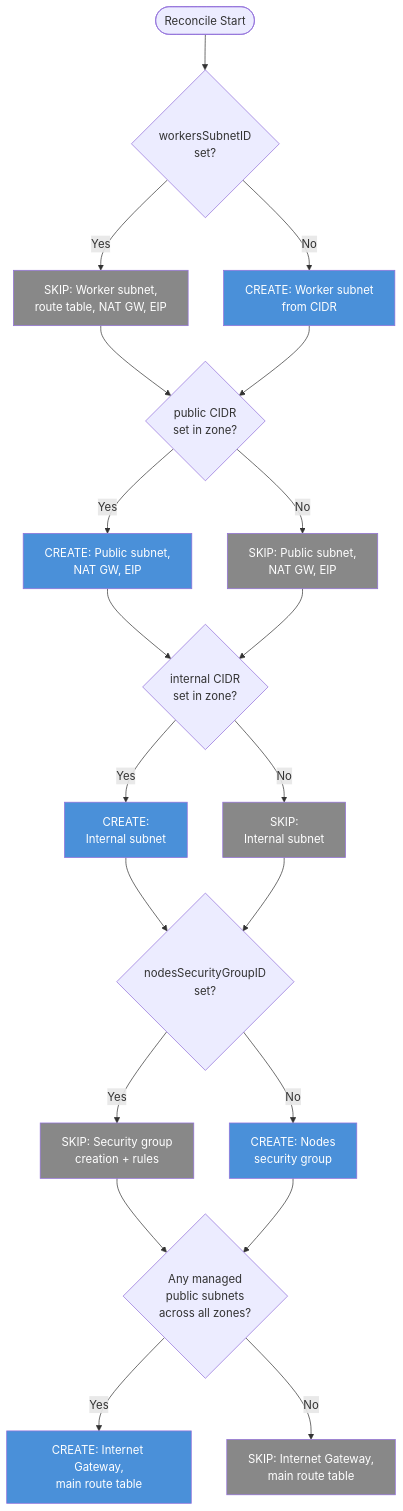
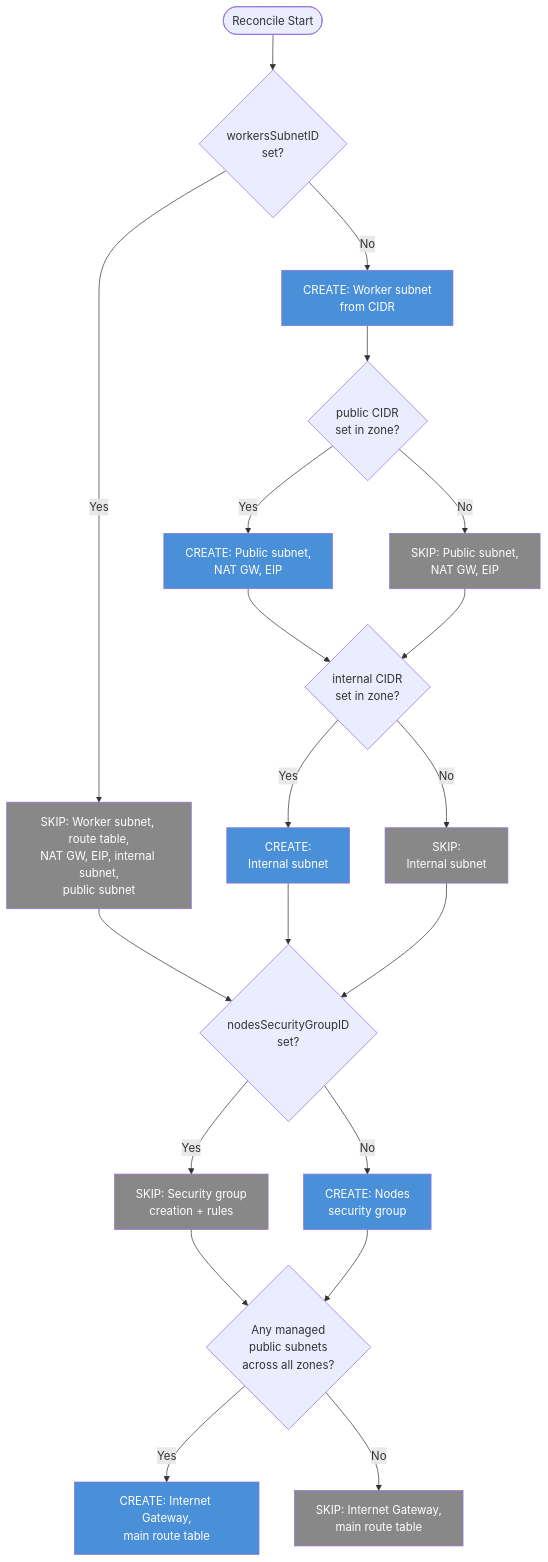
The eighth of 8 diagrams in docs/usage/flexible-network-configuration.md (gardener/gardener-extension-provider-aws), drawn with Mermaid before and after one commit. The commit also changed other lines of this file and 1 other file, not shown here.

````diff
--- a/docs/usage/flexible-network-configuration.md
+++ b/docs/usage/flexible-network-configuration.md
@@ -391,37 +621,37 @@
 ```mermaid
 flowchart TD
     START(["Reconcile Start"]) --> WID{"workersSubnetID\nset?"}
-    WID -->|Yes| SKIP_W["SKIP: Worker subnet,\nroute table, NAT GW, EIP"]
+    WID -->|Yes| SKIP_W["SKIP: Worker subnet, route table,\nNAT GW, EIP, internal subnet,\npublic subnet"]
     WID -->|No| CREATE_W["CREATE: Worker subnet\nfrom CIDR"]
 
-    SKIP_W --> PUB{"public CIDR\nset in zone?"}
-    CREATE_W --> PUB
+    CREATE_W --> PUB{"public CIDR\nset in zone?"}
     PUB -->|Yes| CREATE_P["CREATE: Public subnet,\nNAT GW, EIP"]
     PUB -->|No| SKIP_P["SKIP: Public subnet,\nNAT GW, EIP"]
 
     CREATE_P --> INT{"internal CIDR\nset in zone?"}
     SKIP_P --> INT
     INT -->|Yes| CREATE_I["CREATE:\nInternal subnet"]
     INT -->|No| SKIP_I["SKIP:\nInternal subnet"]
 
-    CREATE_I --> SGID{"nodesSecurityGroupID\nset?"}
+    SKIP_W --> SGID{"nodesSecurityGroupID\nset?"}
+    CREATE_I --> SGID
     SKIP_I --> SGID
     SGID -->|Yes| SKIP_SG["SKIP: Security group\ncreation + rules"]
     SGID -->|No| CREATE_SG["CREATE: Nodes\nsecurity group"]
 
     SKIP_SG --> IGW{"Any managed\npublic subnets\nacross all zones?"}
     CREATE_SG --> IGW
     IGW -->|Yes| CREATE_IGW["CREATE: Internet Gateway,\nmain route table"]
     IGW -->|No| SKIP_IGW["SKIP: Internet Gateway,\nmain route table"]
 
     style SKIP_W fill:#888,color:white
     style SKIP_P fill:#888,color:white
     style SKIP_I fill:#888,color:white
     style SKIP_SG fill:#888,color:white
     style SKIP_IGW fill:#888,color:white
     style CREATE_W fill:#4a90d9,color:white
     style CREATE_P fill:#4a90d9,color:white
     style CREATE_I fill:#4a90d9,color:white
     style CREATE_SG fill:#4a90d9,color:white
     style CREATE_IGW fill:#4a90d9,color:white
 ```
````
